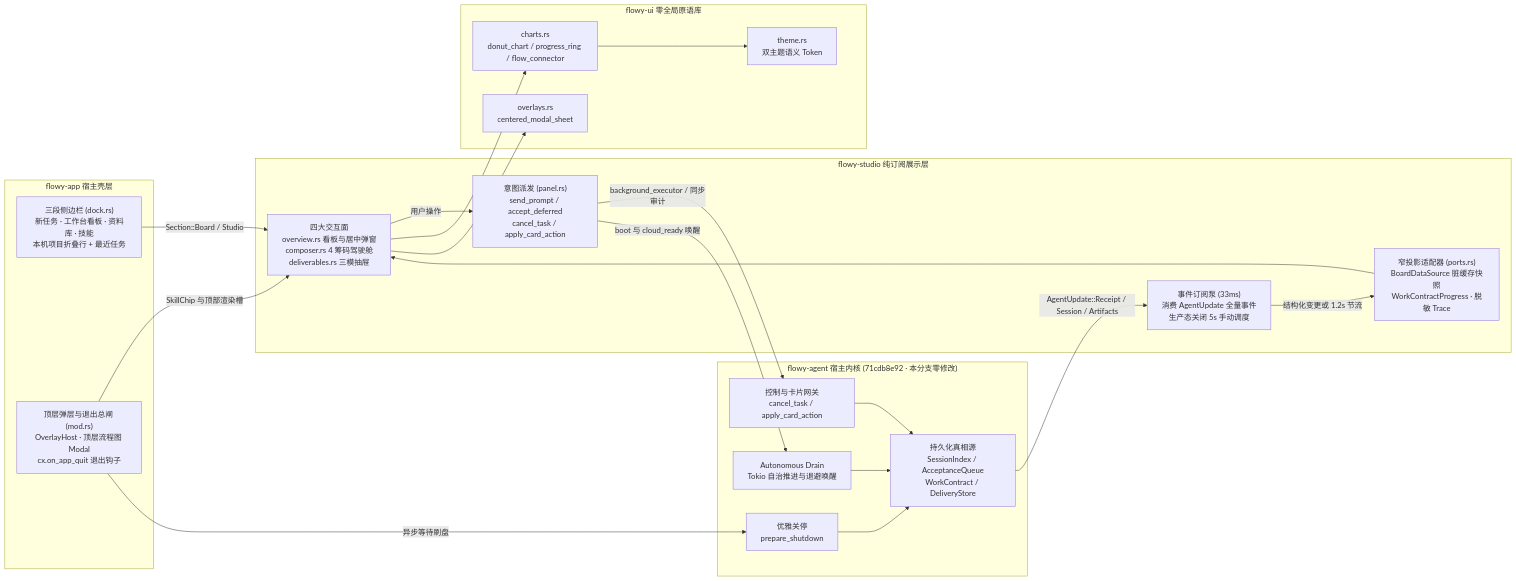
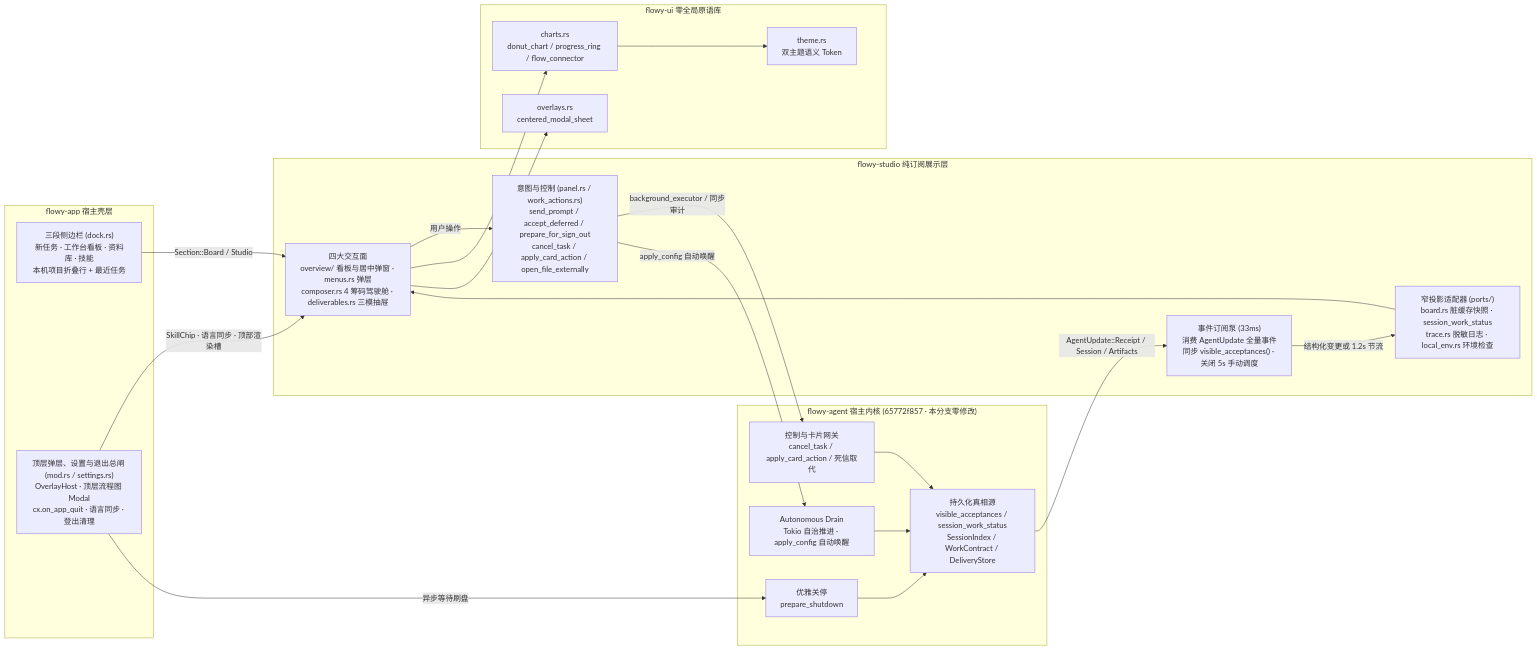
One commit to Michael-Lfx/allo changed the first of 4 diagrams in flowy18_wip/docs/plans/local-first-ui-v2.zh.md. Above: the diagram before and after it, drawn with Mermaid. The commit also changed other lines of this file and 1 other file, not shown here.

Commit message:
docs(flowy18): sync Local-First UI v2 architecture doc and plans index with 6+4 closure

````diff
--- a/flowy18_wip/docs/plans/local-first-ui-v2.zh.md
+++ b/flowy18_wip/docs/plans/local-first-ui-v2.zh.md
@@ -37,43 +37,43 @@
 ```mermaid
 flowchart LR
   subgraph App["flowy-app 宿主壳层"]
     Dock["三段侧边栏 (dock.rs)<br/>新任务 · 工作台看板 · 资料库 · 技能<br/>本机项目折叠行 + 最近任务"]
-    Host["顶层弹层与退出总闸 (mod.rs)<br/>OverlayHost · 顶层流程图 Modal<br/>cx.on_app_quit 退出钩子"]
+    Host["顶层弹层、设置与退出总闸 (mod.rs / settings.rs)<br/>OverlayHost · 顶层流程图 Modal<br/>cx.on_app_quit · 语言同步 · 登出清理"]
   end
 
   subgraph Studio["flowy-studio 纯订阅展示层"]
-    Intent["意图派发 (panel.rs)<br/>send_prompt / accept_deferred<br/>cancel_task / apply_card_action"]
-    Sub["事件订阅泵 (33ms)<br/>消费 AgentUpdate 全量事件<br/>生产态关闭 5s 手动调度"]
-    Ports["窄投影适配器 (ports.rs)<br/>BoardDataSource 脏缓存快照<br/>WorkContractProgress · 脱敏 Trace"]
-    Views["四大交互面<br/>overview.rs 看板与居中弹窗<br/>composer.rs 4 筹码驾驶舱<br/>deliverables.rs 三模抽屉"]
+    Intent["意图与控制 (panel.rs / work_actions.rs)<br/>send_prompt / accept_deferred / prepare_for_sign_out<br/>cancel_task / apply_card_action / open_file_externally"]
+    Sub["事件订阅泵 (33ms)<br/>消费 AgentUpdate 全量事件<br/>同步 visible_acceptances() · 关闭 5s 手动调度"]
+    Ports["窄投影适配器 (ports/)<br/>board.rs 脏缓存快照 · session_work_status<br/>trace.rs 脱敏日志 · local_env.rs 环境检查"]
+    Views["四大交互面<br/>overview/ 看板与居中弹窗 · menus.rs 弹层<br/>composer.rs 4 筹码驾驶舱 · deliverables.rs 三模抽屉"]
   end
 
   subgraph UI["flowy-ui 零全局原语库"]
     Charts["charts.rs<br/>donut_chart / progress_ring / flow_connector"]
     Overlays["overlays.rs<br/>centered_modal_sheet"]
     Tokens["theme.rs<br/>双主题语义 Token"]
   end
 
-  subgraph Kernel["flowy-agent 宿主内核 (71cdb8e92 · 本分支零修改)"]
-    Drain["Autonomous Drain<br/>Tokio 自治推进与退避唤醒"]
-    Ctrl["控制与卡片网关<br/>cancel_task / apply_card_action"]
-    Truth["持久化真相源<br/>SessionIndex / AcceptanceQueue<br/>WorkContract / DeliveryStore"]
+  subgraph Kernel["flowy-agent 宿主内核 (65772f857 · 本分支零修改)"]
+    Drain["Autonomous Drain<br/>Tokio 自治推进 · apply_config 自动唤醒"]
+    Ctrl["控制与卡片网关<br/>cancel_task / apply_card_action / 死信取代"]
+    Truth["持久化真相源<br/>visible_acceptances / session_work_status<br/>SessionIndex / WorkContract / DeliveryStore"]
     Shut["优雅关停<br/>prepare_shutdown"]
   end
 
   Dock -->|"Section::Board / Studio"| Views
-  Host -->|"SkillChip 与顶部渲染槽"| Views
+  Host -->|"SkillChip · 语言同步 · 顶部渲染槽"| Views
   Views -->|"用户操作"| Intent
   Intent -->|"background_executor / 同步审计"| Ctrl
-  Intent -->|"boot 与 cloud_ready 唤醒"| Drain
+  Intent -->|"apply_config 自动唤醒"| Drain
   Host -->|"异步等待刷盘"| Shut
   Drain --> Truth
   Ctrl --> Truth
   Shut --> Truth
   Truth -->|"AgentUpdate::Receipt / Session / Artifacts"| Sub
   Sub -->|"结构化变更或 1.2s 节流"| Ports
   Ports --> Views
   Views --> Charts
   Views --> Overlays
   Charts --> Tokens
 ```
````
